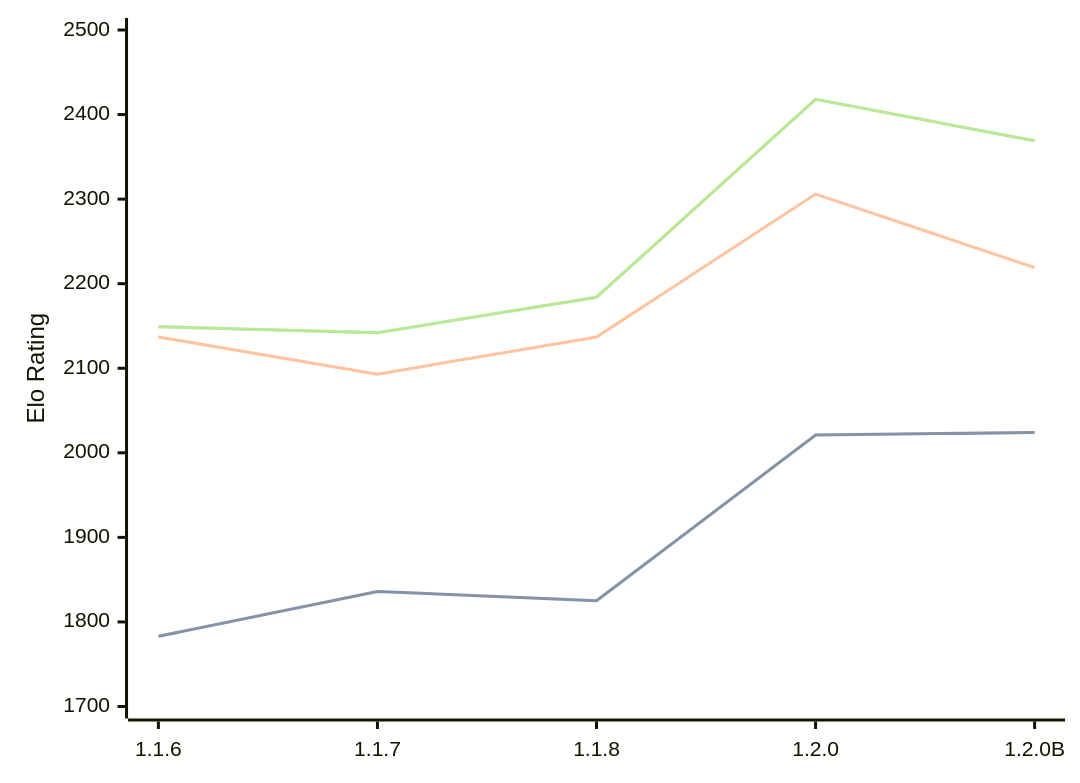
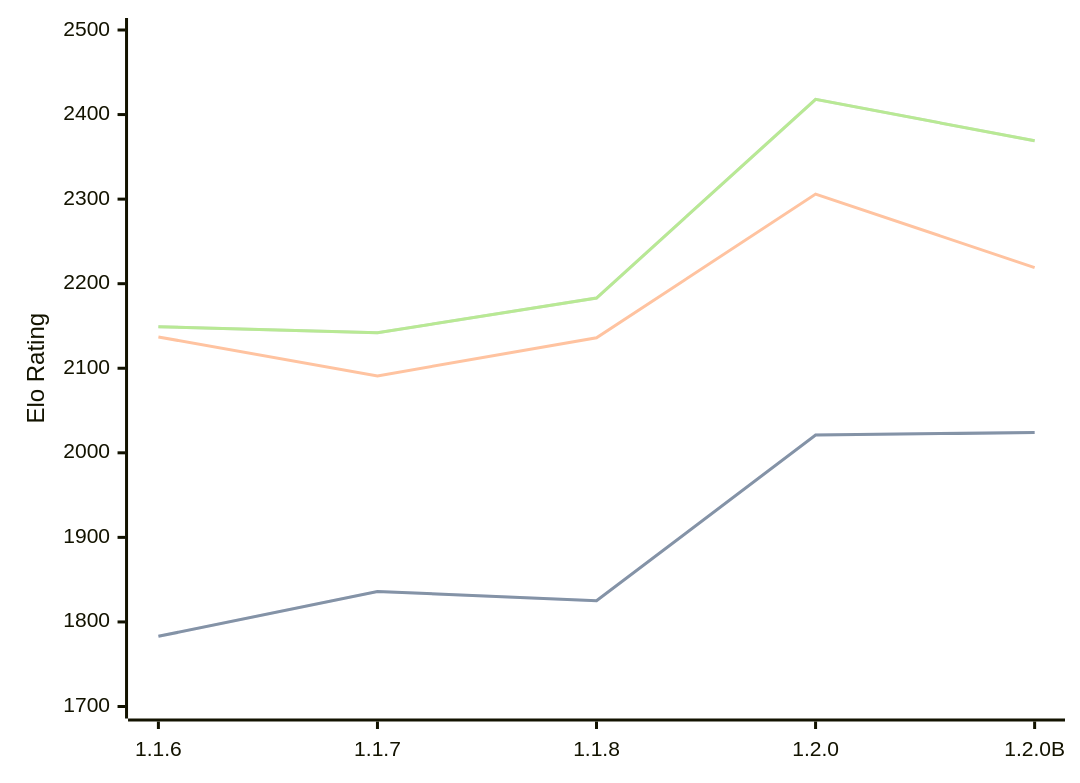
Before and after one commit to computer-chess-index/cci: the diagram in engines/Soomi.md, drawn with Mermaid. The commit also changed other lines of this file, not shown here.

Commit message:
Update CCI Ratings (ELO VLTC) - 2026-08-03

````diff
--- a/engines/Soomi.md
+++ b/engines/Soomi.md
@@ -35,11 +35,11 @@
 ```mermaid
 %%{init: {"theme":"base","themeVariables":{"seriesColors:['#a3a3a3','#222221','#faa371']}}}%%
 xychart-beta
   x-axis ["1.1.6", "1.1.7", "1.1.8", "1.2.0", "1.2.0B"]
   y-axis "Elo Rating" 1700 --> 2500
   line "STC (8.0+0.08s)" [1783, 1836, 1825, 2021, 2024]
   line "STC (8.0+0.08s)" [1783, 1836, 1825, 2021, 2024]
-  line "LTC (60.0+0.60s)" [2137, 2093, 2137, 2306, 2219]
-  line "VLTC (2m24s+1.12s)" [2149, 2142, 2184, 2418, 2369]
-  line "VLTC (2m24s+1.12s)" [2149, 2142, 2184, 2418, 2369]
+  line "LTC (60.0+0.60s)" [2137, 2091, 2136, 2306, 2219]
+  line "VLTC (2m24s+1.12s)" [2149, 2142, 2183, 2418, 2369]
+  line "VLTC (2m24s+1.12s)" [2149, 2142, 2183, 2418, 2369]
 ```
````
